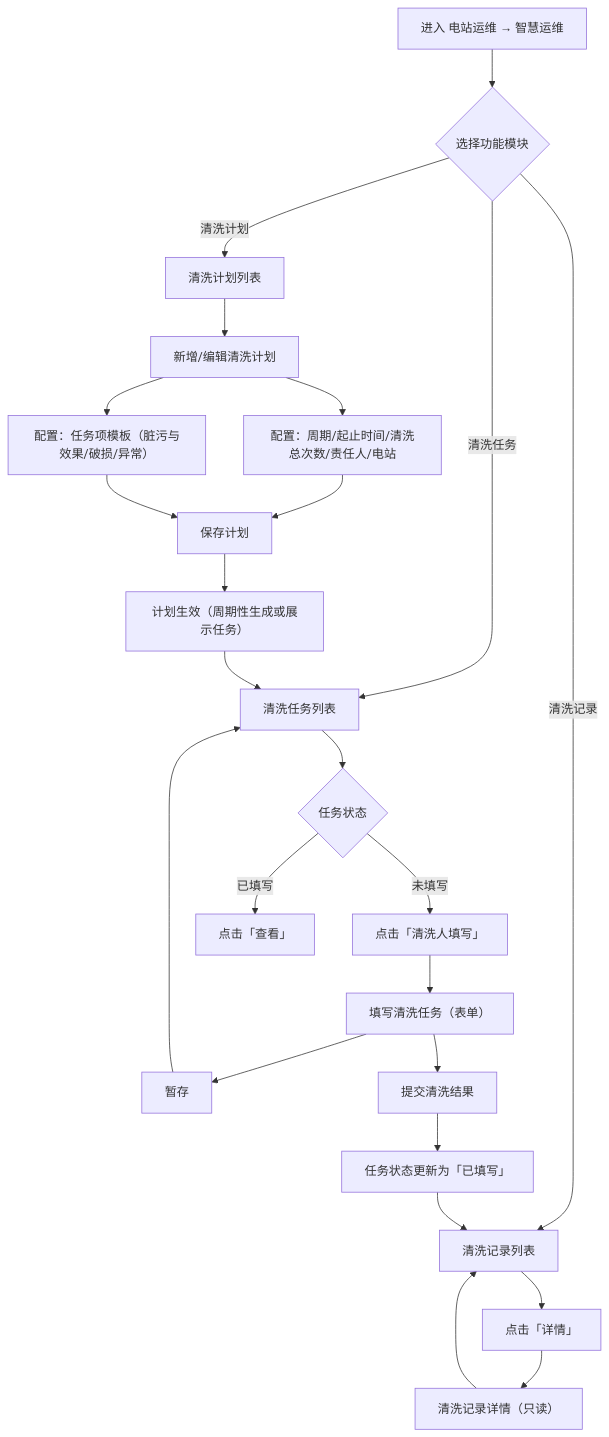
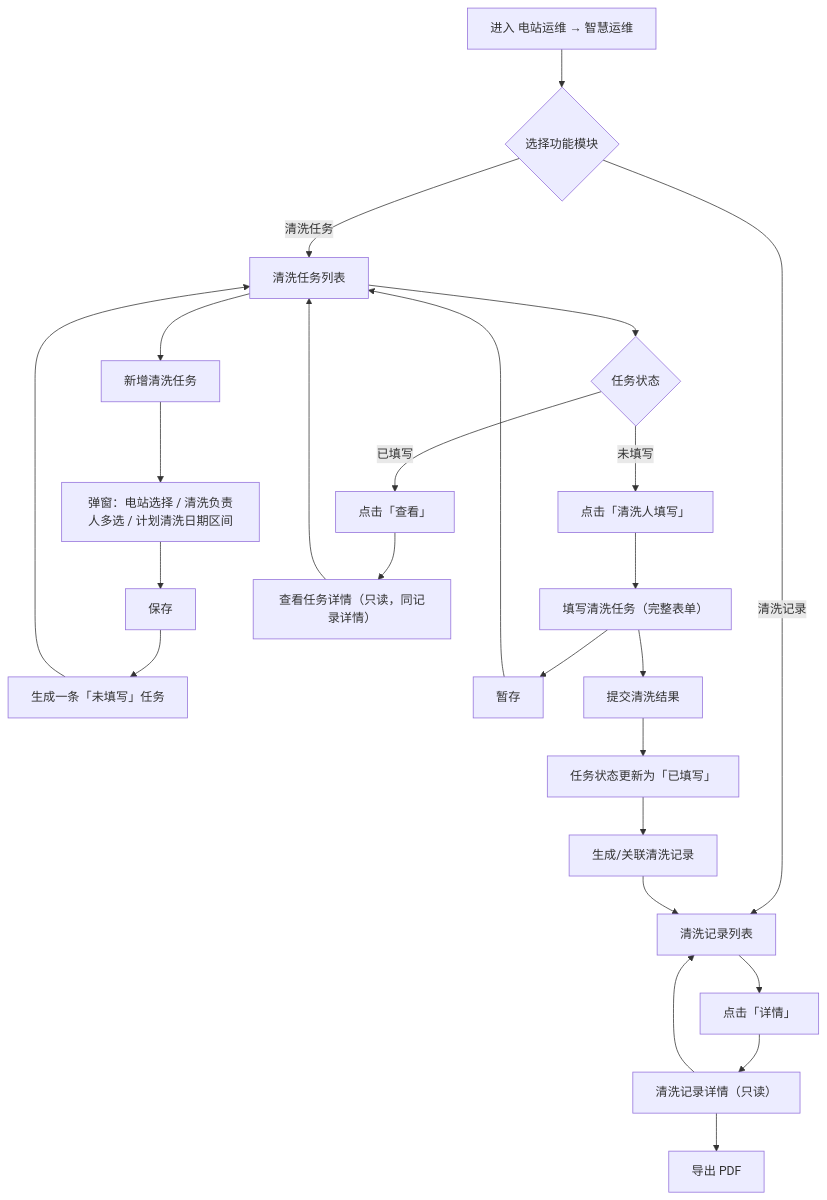
One commit to chengfei6840/gyyx changed the first of 4 diagrams in docs/智慧运维-清洗模块需求规格说明.md. Above: the diagram before and after it, drawn with Mermaid. The commit also changed other lines of this file and 1 other file, not shown here.

````diff
--- a/docs/智慧运维-清洗模块需求规格说明.md
+++ b/docs/智慧运维-清洗模块需求规格说明.md
@@ -40,30 +40,32 @@
 ```mermaid
 flowchart TD
   A[进入 电站运维 → 智慧运维] --> B{选择功能模块}
-  B -->|清洗计划| C[清洗计划列表]
-  B -->|清洗任务| D[清洗任务列表]
-  B -->|清洗记录| E[清洗记录列表]
+  B -->|清洗任务| C[清洗任务列表]
+  B -->|清洗记录| D[清洗记录列表]
 
-  C --> C1[新增/编辑清洗计划]
-  C1 --> C2[配置：周期/起止时间/清洗总次数/责任人/电站]
-  C1 --> C3[配置：任务项模板（脏污与效果/破损/异常）]
-  C2 --> C4[保存计划]
-  C3 --> C4
-  C4 --> C5[计划生效（周期性生成或展示任务）]
-  C5 --> D
+  C --> C1[新增清洗任务]
+  C1 --> C2[弹窗：电站选择 / 清洗负责人多选 / 计划清洗日期区间]
+  C2 --> C3[保存]
+  C3 --> C4[生成一条「未填写」任务]
+  C4 --> C
 
-  D --> D1{任务状态}
-  D1 -->|未填写| D2[点击「清洗人填写」]
-  D1 -->|已填写| D3[点击「查看」]
+  C --> E{任务状态}
+  E -->|未填写| E1[点击「清洗人填写」]
+  E -->|已填写| E2[点击「查看」]
 
-  D2 --> F[填写清洗任务（表单）]
+  E1 --> F[填写清洗任务（完整表单）]
   F --> F1[暂存]
   F --> F2[提交清洗结果]
-  F1 --> D
+  F1 --> C
   F2 --> G[任务状态更新为「已填写」]
-  G --> E
+  G --> H[生成/关联清洗记录]
+  H --> D
 
-  E --> E1[点击「详情」]
-  E1 --> H[清洗记录详情（只读）]
-  H --> E
+  E2 --> I[查看任务详情（只读，同记录详情）]
+  I --> C
+
+  D --> D1[点击「详情」]
+  D1 --> J[清洗记录详情（只读）]
+  J --> J1[导出 PDF]
+  J --> D
 ```
````
